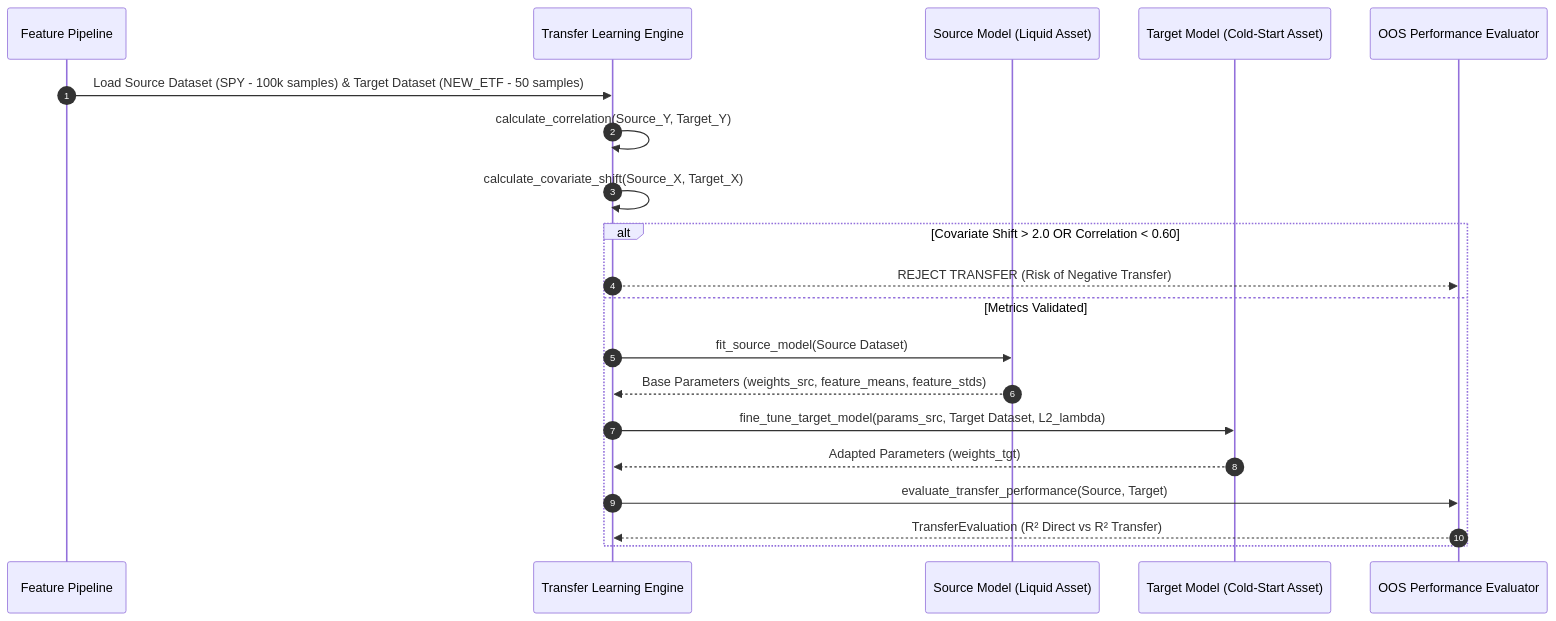
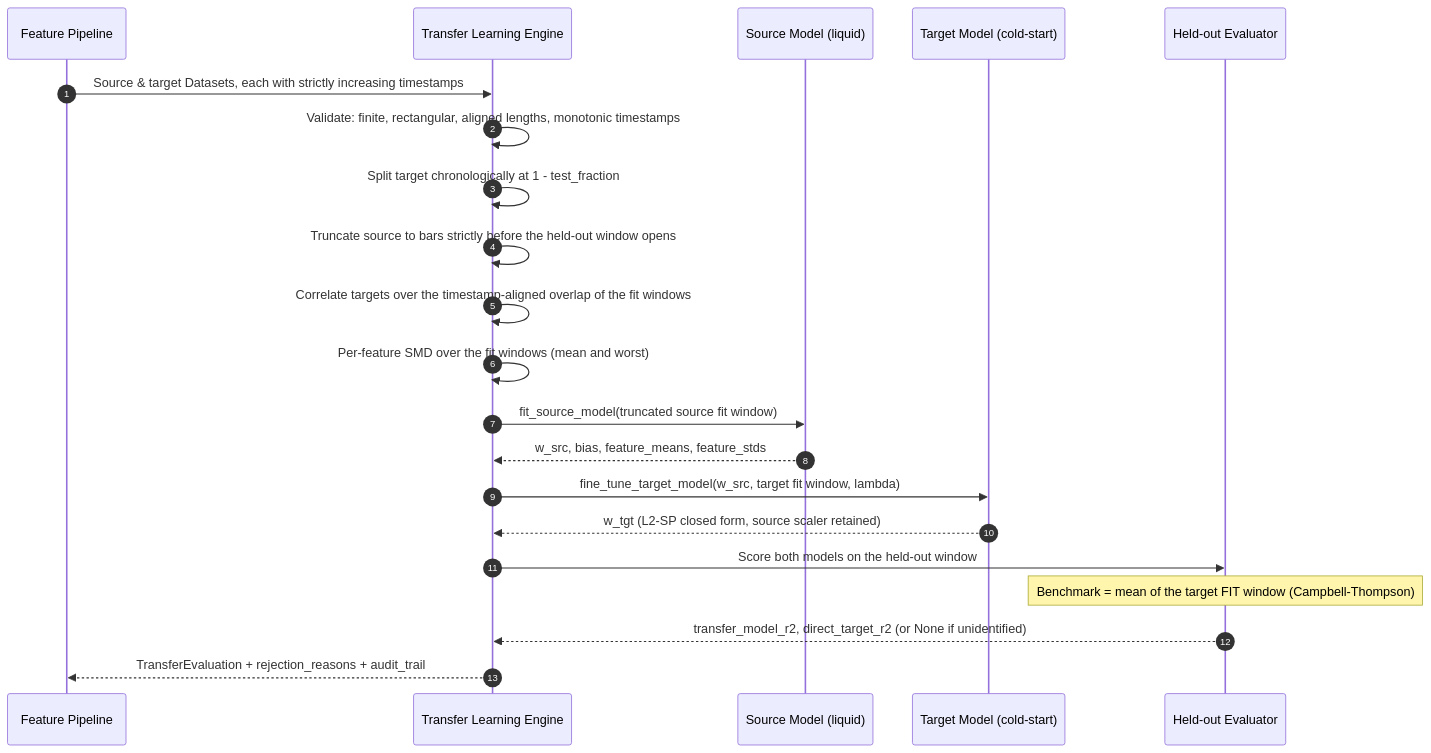
Before and after one commit to HimanshuJ16/Algo-Trading-Skills: the first of 2 diagrams in skills/transfer-learning-across-correlated-instruments/references/workflows.md, drawn with Mermaid. The commit also changed other lines of this file and 443 other files, not shown here.

````diff
--- a/skills/transfer-learning-across-correlated-instruments/references/workflows.md
+++ b/skills/transfer-learning-across-correlated-instruments/references/workflows.md
@@ -4,26 +10,30 @@
 ```mermaid
 sequenceDiagram
     autonumber
     participant Data as Feature Pipeline
     participant Engine as Transfer Learning Engine
-    participant Source as Source Model (Liquid Asset)
-    participant Target as Target Model (Cold-Start Asset)
-    participant Evaluator as OOS Performance Evaluator
+    participant Source as Source Model (liquid)
+    participant Target as Target Model (cold-start)
+    participant Eval as Held-out Evaluator
 
-    Data->>Engine: Load Source Dataset (SPY - 100k samples) & Target Dataset (NEW_ETF - 50 samples)
-    Engine->>Engine: calculate_correlation(Source_Y, Target_Y)
-    Engine->>Engine: calculate_covariate_shift(Source_X, Target_X)
+    Data->>Engine: Source & target Datasets, each with strictly increasing timestamps
+    Engine->>Engine: Validate: finite, rectangular, aligned lengths, monotonic timestamps
 
-    alt Covariate Shift > 2.0 OR Correlation < 0.60
-        Engine-->>Evaluator: REJECT TRANSFER (Risk of Negative Transfer)
-    else Metrics Validated
-        Engine->>Source: fit_source_model(Source Dataset)
-        Source-->>Engine: Base Parameters (weights_src, feature_means, feature_stds)
-        
-        Engine->>Target: fine_tune_target_model(params_src, Target Dataset, L2_lambda)
-        Target-->>Engine: Adapted Parameters (weights_tgt)
-        
-        Engine->>Evaluator: evaluate_transfer_performance(Source, Target)
-        Evaluator-->>Engine: TransferEvaluation (R² Direct vs R² Transfer)
-    end
+    Engine->>Engine: Split target chronologically at 1 - test_fraction
+    Engine->>Engine: Truncate source to bars strictly before the held-out window opens
+
+    Engine->>Engine: Correlate targets over the timestamp-aligned overlap of the fit windows
+    Engine->>Engine: Per-feature SMD over the fit windows (mean and worst)
+
+    Engine->>Source: fit_source_model(truncated source fit window)
+    Source-->>Engine: w_src, bias, feature_means, feature_stds
+
+    Engine->>Target: fine_tune_target_model(w_src, target fit window, lambda)
+    Target-->>Engine: w_tgt (L2-SP closed form, source scaler retained)
+
+    Engine->>Eval: Score both models on the held-out window
+    Note over Eval: Benchmark = mean of the target FIT window (Campbell-Thompson)
+    Eval-->>Engine: transfer_model_r2, direct_target_r2 (or None if unidentified)
+
+    Engine-->>Data: TransferEvaluation + rejection_reasons + audit_trail
 ```
````
